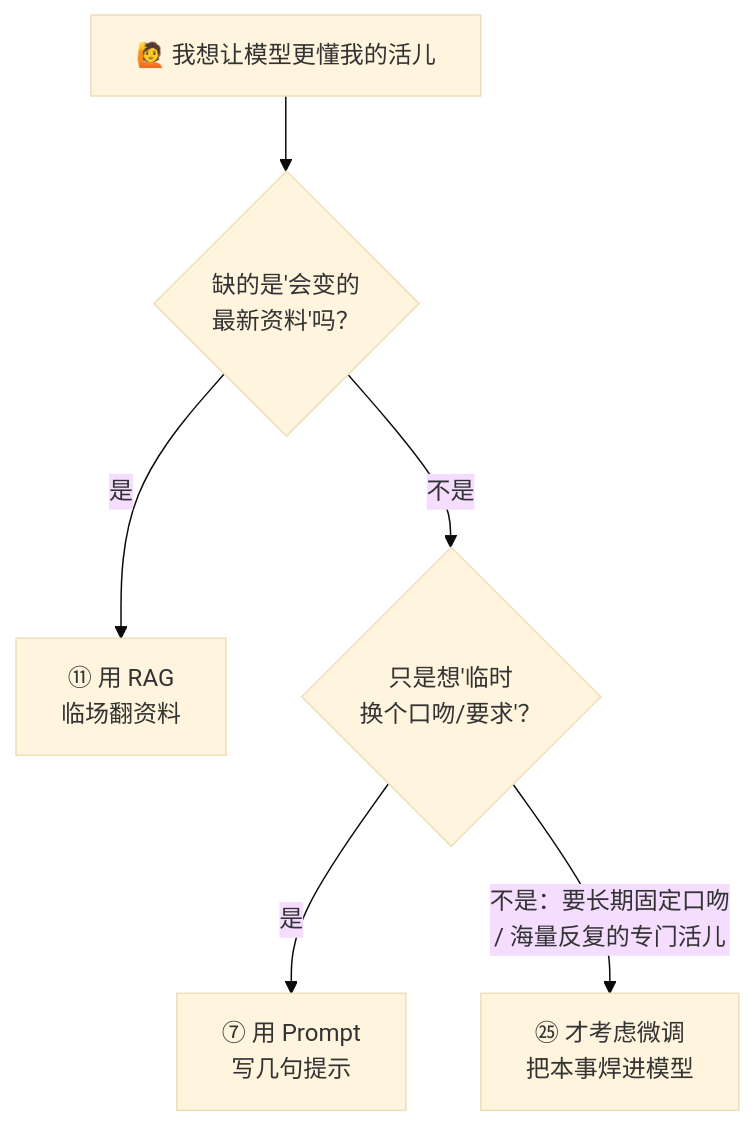
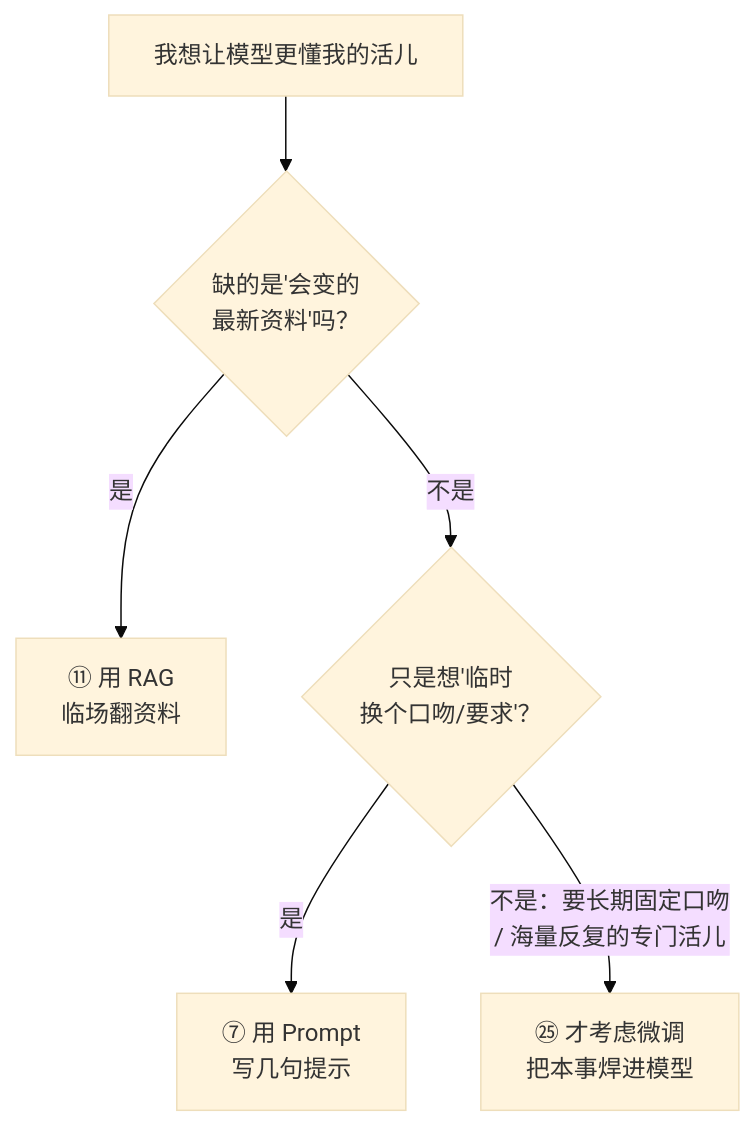
Before and after one commit to luckykhy/KhyAiHub: the fourth of 6 diagrams in docs/02_CONCEPTS_概念入门/CONCEPT/[CONCEPT-25] 什么是微调-FineTuning.md, drawn with Mermaid (base theme). The commit also changed other lines of this file, not shown here.

````diff
--- a/docs/02_CONCEPTS_概念入门/CONCEPT/[CONCEPT-25] 什么是微调-FineTuning.md
+++ b/docs/02_CONCEPTS_概念入门/CONCEPT/[CONCEPT-25] 什么是微调-FineTuning.md
@@ -136,8 +136,8 @@
 ```mermaid
 flowchart TB
-  START["🙋 我想让模型更懂我的活儿"] --> Q1{"缺的是'会变的<br/>最新资料'吗？"}
+  START["我想让模型更懂我的活儿"] --> Q1{"缺的是'会变的<br/>最新资料'吗？"}
   Q1 -->|"是"| RAG["⑪ 用 RAG<br/>临场翻资料"]
   Q1 -->|"不是"| Q2{"只是想'临时<br/>换个口吻/要求'？"}
   Q2 -->|"是"| PMT["⑦ 用 Prompt<br/>写几句提示"]
   Q2 -->|"不是：要长期固定口吻<br/>/ 海量反复的专门活儿"| FT["㉕ 才考虑微调<br/>把本事焊进模型"]
 ```
````
